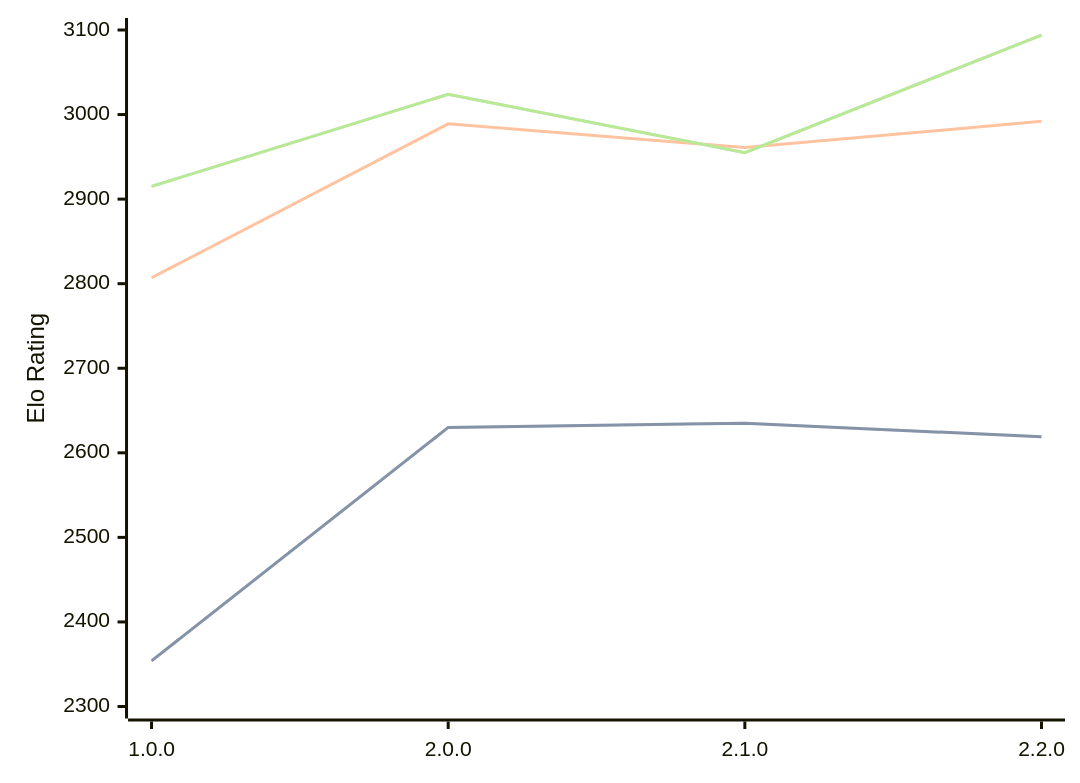
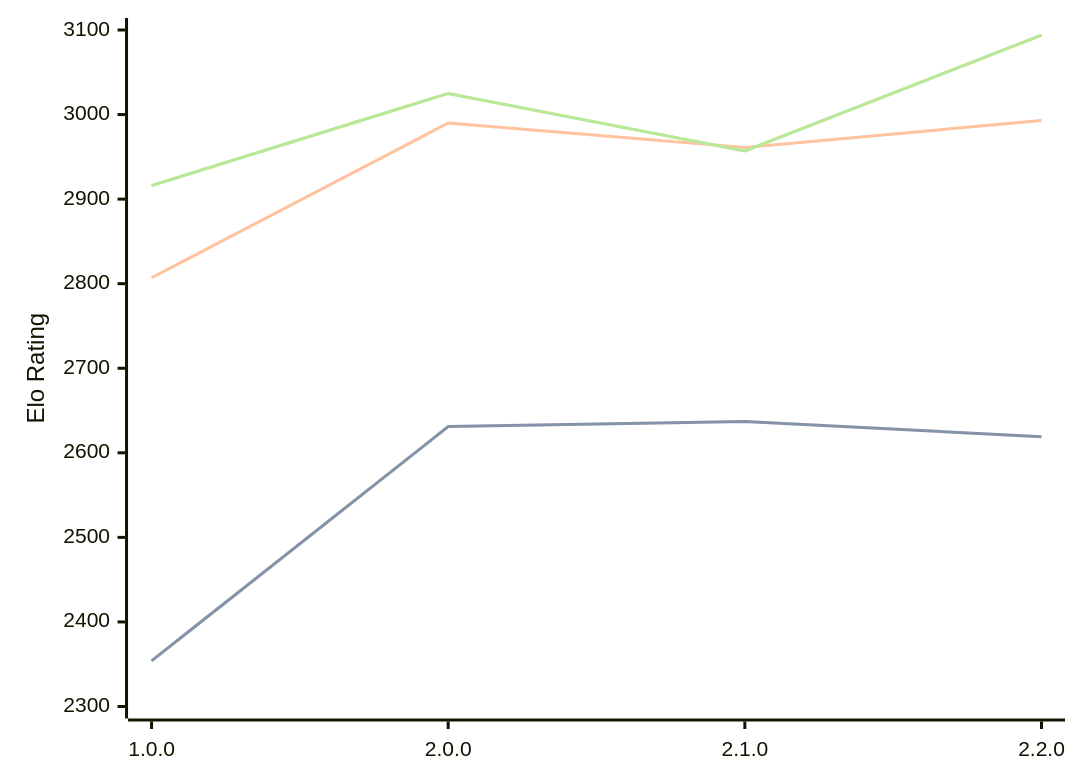
Before and after one commit to computer-chess-index/cci: the diagram in engines/Catalyst.md, drawn with Mermaid. The commit also changed other lines of this file, not shown here.

Commit message:
Update CCI Ratings (ELO VLTC) - 2026-04-22

````diff
--- a/engines/Catalyst.md
+++ b/engines/Catalyst.md
@@ -34,11 +34,11 @@
 ```mermaid
 %%{init: {"theme":"base","themeVariables":{"seriesColors:['#a3a3a3','#222221','#faa371']}}}%%
 xychart-beta
   x-axis ["1.0.0", "2.0.0", "2.1.0", "2.2.0"]
   y-axis "Elo Rating" 2300 --> 3100
-  line "STC (8.0+0.08s)" [2354, 2630, 2635, 2619]
-  line "STC (8.0+0.08s)" [2354, 2630, 2635, 2619]
-  line "LTC (60.0+0.60s)" [2807, 2989, 2961, 2992]
-  line "VLTC (2m24s+1.12s)" [2915, 3024, 2955, 3094]
-  line "VLTC (2m24s+1.12s)" [2915, 3024, 2955, 3094]
+  line "STC (8.0+0.08s)" [2354, 2631, 2637, 2619]
+  line "STC (8.0+0.08s)" [2354, 2631, 2637, 2619]
+  line "LTC (60.0+0.60s)" [2807, 2990, 2961, 2993]
+  line "VLTC (2m24s+1.12s)" [2916, 3025, 2957, 3094]
+  line "VLTC (2m24s+1.12s)" [2916, 3025, 2957, 3094]
 ```
````
